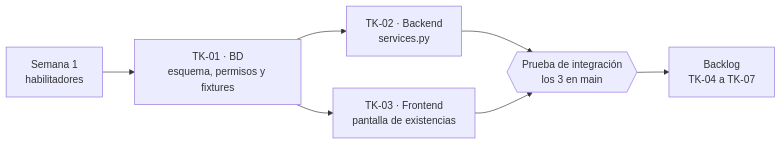
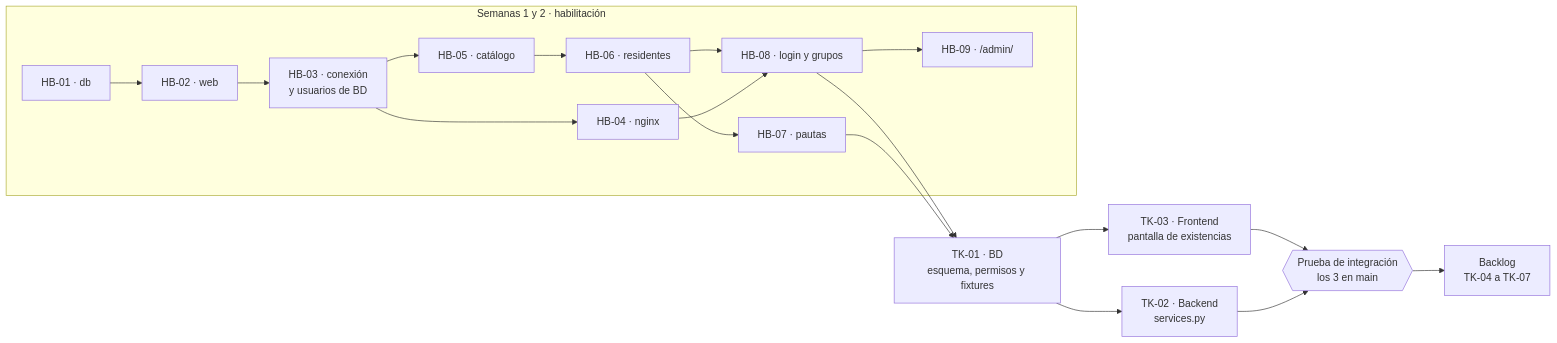
The diagram in 06-tickets-trabajo.md (victorm007/AI4Devs-finalproject-vmrr), drawn with Mermaid before and after one commit. The commit also changed other lines of this file and 18 other files, not shown here.

````diff
--- a/06-tickets-trabajo.md
+++ b/06-tickets-trabajo.md
@@ -224,9 +293,18 @@
 ```mermaid
 flowchart LR
-    S1["Semana 1<br/>habilitadores"] --> T1["TK-01 · BD<br/>esquema, permisos y fixtures"]
+    subgraph HAB["Semanas 1 y 2 · habilitación"]
+        H1["HB-01 · db"] --> H2["HB-02 · web"] --> H3["HB-03 · conexión<br/>y usuarios de BD"]
+        H3 --> H4["HB-04 · nginx"]
+        H3 --> H5["HB-05 · catálogo"] --> H6["HB-06 · residentes"] --> H7["HB-07 · pautas"]
+        H4 --> H8["HB-08 · login y grupos"]
+        H6 --> H8
+        H8 --> H9["HB-09 · /admin/"]
+    end
+    H7 --> T1["TK-01 · BD<br/>esquema, permisos y fixtures"]
+    H8 --> T1
     T1 --> T2["TK-02 · Backend<br/>services.py"]
     T1 --> T3["TK-03 · Frontend<br/>pantalla de existencias"]
     T2 --> INT{{"Prueba de integración<br/>los 3 en main"}}
     T3 --> INT
     INT --> BL["Backlog<br/>TK-04 a TK-07"]
 ```
````
